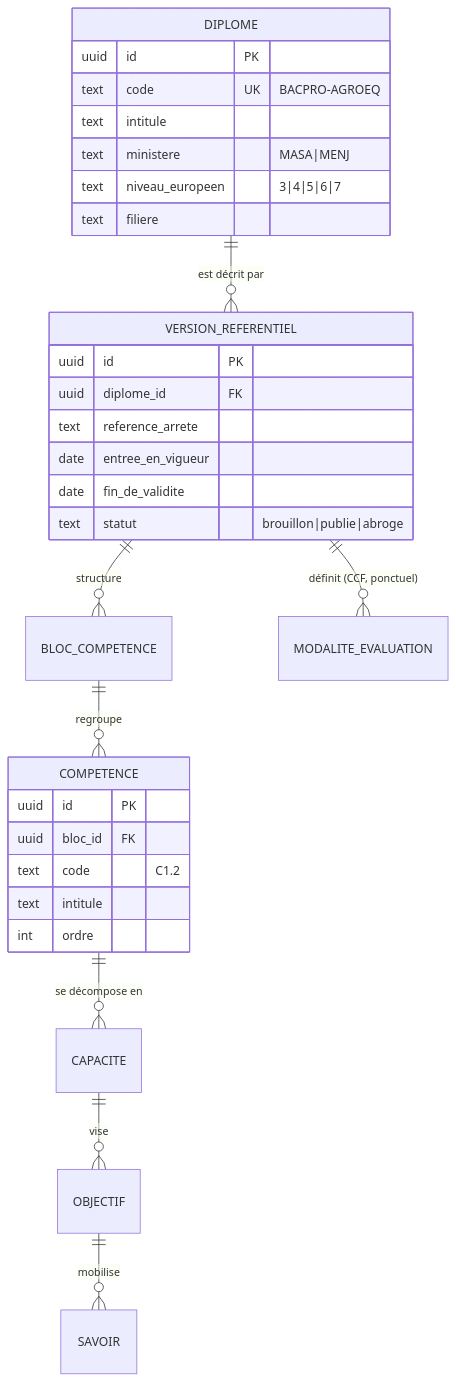
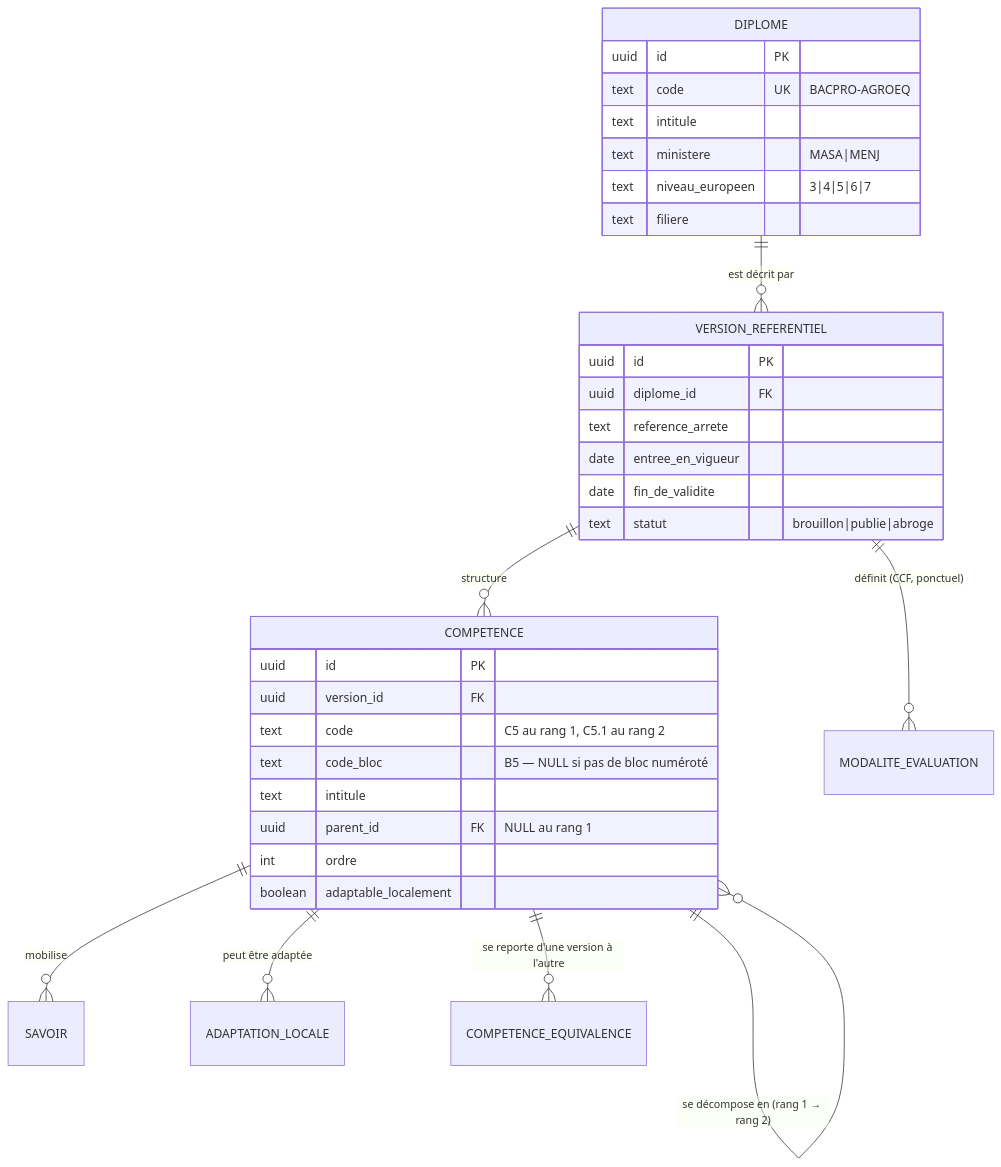
Before and after one commit to 170862100761/raai-apprendre: the second of 3 diagrams in docs/03-modele-de-donnees.md, drawn with Mermaid. The commit also changed other lines of this file and 3 other files, not shown here.

````diff
--- a/docs/03-modele-de-donnees.md
+++ b/docs/03-modele-de-donnees.md
@@ -83,34 +83,37 @@
 ```mermaid
 erDiagram
     DIPLOME ||--o{ VERSION_REFERENTIEL : "est décrit par"
-    VERSION_REFERENTIEL ||--o{ BLOC_COMPETENCE : structure
-    BLOC_COMPETENCE ||--o{ COMPETENCE : regroupe
-    COMPETENCE ||--o{ CAPACITE : "se décompose en"
-    CAPACITE ||--o{ OBJECTIF : vise
-    OBJECTIF ||--o{ SAVOIR : mobilise
+    VERSION_REFERENTIEL ||--o{ COMPETENCE : structure
+    COMPETENCE ||--o{ COMPETENCE : "se décompose en (rang 1 → rang 2)"
+    COMPETENCE ||--o{ SAVOIR : mobilise
+    COMPETENCE ||--o{ ADAPTATION_LOCALE : "peut être adaptée"
+    COMPETENCE ||--o{ COMPETENCE_EQUIVALENCE : "se reporte d'une version à l'autre"
     VERSION_REFERENTIEL ||--o{ MODALITE_EVALUATION : "définit (CCF, ponctuel)"
 
     DIPLOME {
         uuid id PK
         text code UK "BACPRO-AGROEQ"
         text intitule
         text ministere "MASA|MENJ"
         text niveau_europeen "3|4|5|6|7"
         text filiere
     }
     VERSION_REFERENTIEL {
         uuid id PK
         uuid diplome_id FK
         text reference_arrete
         date entree_en_vigueur
         date fin_de_validite
         text statut "brouillon|publie|abroge"
     }
     COMPETENCE {
         uuid id PK
-        uuid bloc_id FK
-        text code "C1.2"
+        uuid version_id FK
+        text code "C5 au rang 1, C5.1 au rang 2"
+        text code_bloc "B5 — NULL si pas de bloc numéroté"
         text intitule
+        uuid parent_id FK "NULL au rang 1"
         int ordre
+        boolean adaptable_localement
     }
 ```
````
